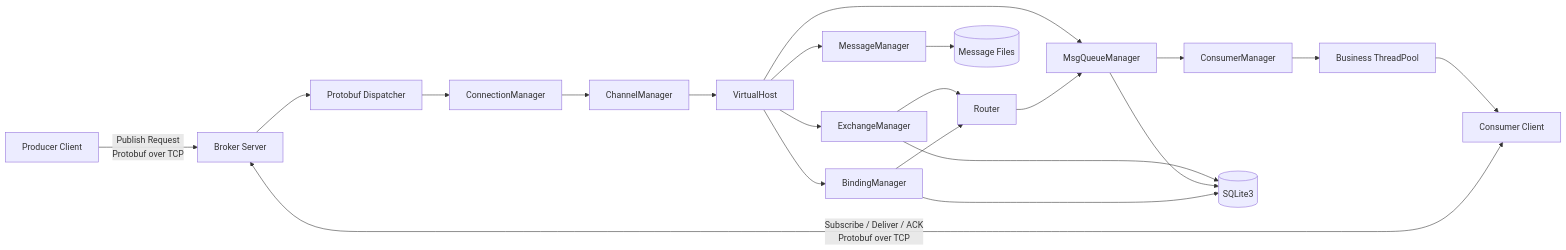
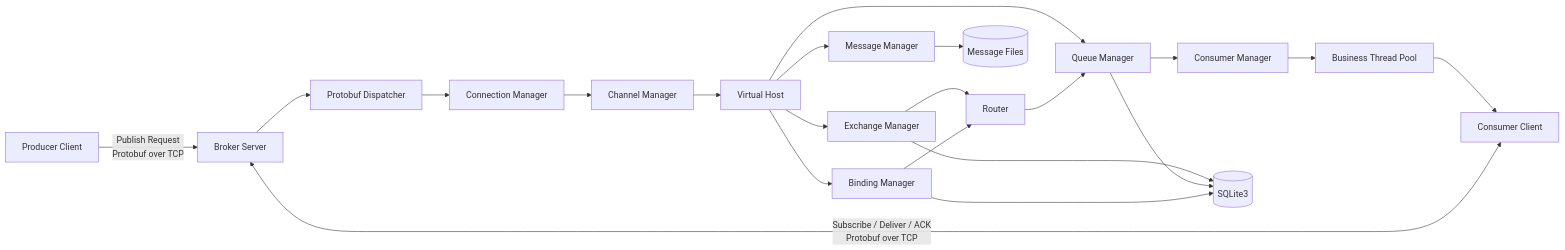
One commit to HaoPing0124/cpp-rabbitmq changed the first of 2 diagrams in README.md. Above: the diagram before and after it, drawn with Mermaid. The commit also changed other lines of this file, not shown here.

````diff
--- a/README.md
+++ b/README.md
@@ -109,32 +122,32 @@
 ```mermaid
 flowchart LR
     Producer[Producer Client]
     Consumer[Consumer Client]
     Broker[Broker Server]
 
     Producer -->|Publish Request<br/>Protobuf over TCP| Broker
     Consumer <-->|Subscribe / Deliver / ACK<br/>Protobuf over TCP| Broker
 
     Broker --> Dispatcher[Protobuf Dispatcher]
-    Dispatcher --> ConnMgr[ConnectionManager]
-    ConnMgr --> ChannelMgr[ChannelManager]
-    ChannelMgr --> VHost[VirtualHost]
+    Dispatcher --> ConnectionManager[Connection Manager]
+    ConnectionManager --> ChannelManager[Channel Manager]
+    ChannelManager --> VirtualHost[Virtual Host]
 
-    VHost --> ExchangeMgr[ExchangeManager]
-    VHost --> QueueMgr[MsgQueueManager]
-    VHost --> BindingMgr[BindingManager]
-    VHost --> MessageMgr[MessageManager]
+    VirtualHost --> ExchangeManager[Exchange Manager]
+    VirtualHost --> QueueManager[Queue Manager]
+    VirtualHost --> BindingManager[Binding Manager]
+    VirtualHost --> MessageManager[Message Manager]
 
-    ExchangeMgr --> Router[Router]
-    BindingMgr --> Router
-    Router --> QueueMgr
+    ExchangeManager --> Router[Router]
+    BindingManager --> Router
+    Router --> QueueManager
 
-    QueueMgr --> ConsumerMgr[ConsumerManager]
-    ConsumerMgr --> WorkerPool[Business ThreadPool]
+    QueueManager --> ConsumerManager[Consumer Manager]
+    ConsumerManager --> WorkerPool[Business Thread Pool]
     WorkerPool --> Consumer
 
-    ExchangeMgr --> SQLite[(SQLite3)]
-    QueueMgr --> SQLite
-    BindingMgr --> SQLite
-    MessageMgr --> Files[(Message Files)]
+    ExchangeManager --> SQLite[(SQLite3)]
+    QueueManager --> SQLite
+    BindingManager --> SQLite
+    MessageManager --> Files[(Message Files)]
 ```
````
